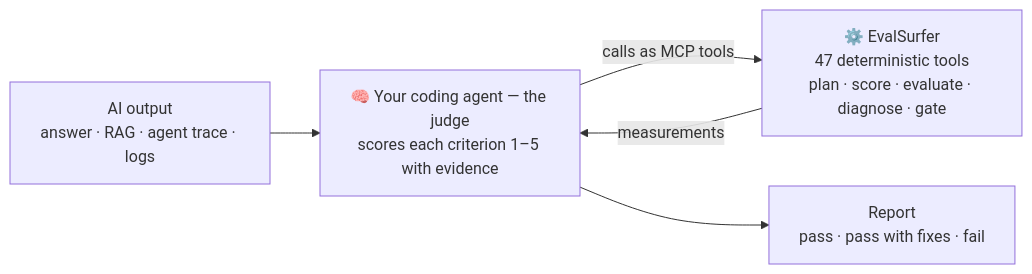
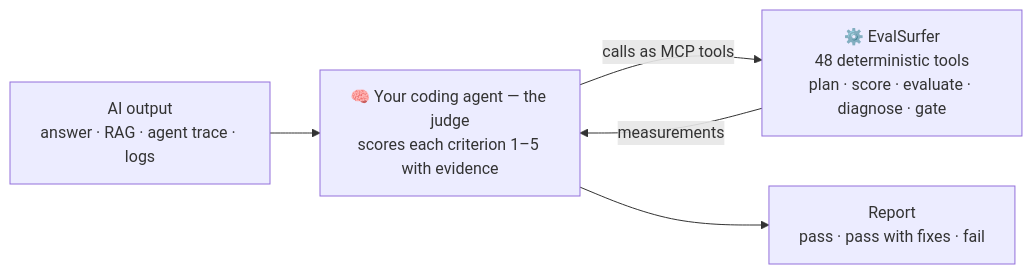
One commit to di37/EvalSurfer changed the diagram in README.md. Above: the diagram before and after it, drawn with Mermaid. The commit also changed other lines of this file and 30 other files, not shown here.

````diff
--- a/README.md
+++ b/README.md
@@ -28,7 +28,7 @@
 ```mermaid
 flowchart LR
     A["AI output<br/>answer · RAG · agent trace · logs"] --> B["🧠 Your coding agent — the judge<br/>scores each criterion 1–5 with evidence"]
-    B -->|"calls as MCP tools"| C["⚙️ EvalSurfer<br/>47 deterministic tools<br/>plan · score · evaluate · diagnose · gate"]
+    B -->|"calls as MCP tools"| C["⚙️ EvalSurfer<br/>48 deterministic tools<br/>plan · score · evaluate · diagnose · gate"]
     C -->|"measurements"| B
     B --> D["Report<br/>pass · pass with fixes · fail"]
 ```
````
